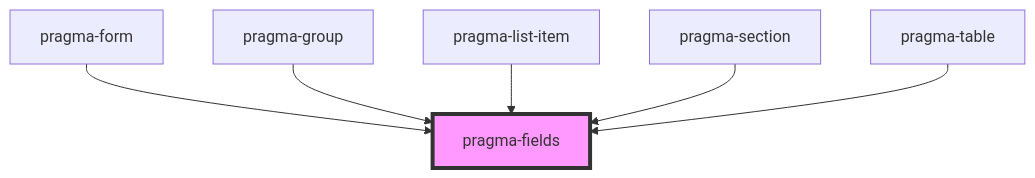
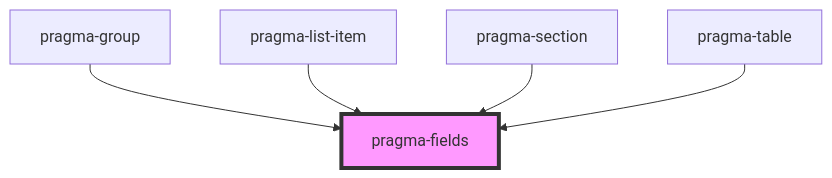
Before and after one commit to hexus/pragma: the diagram in pragma/src/components/pragma-fields/readme.md, drawn with Mermaid. The commit also changed other lines of this file and 19 other files, not shown here.

Commit message:
#8 <pragma-form> working with underlying <pragma-fields>

````diff
--- a/pragma/src/components/pragma-fields/readme.md
+++ b/pragma/src/components/pragma-fields/readme.md
@@ -27,9 +39,8 @@
 ```mermaid
 graph TD;
-  pragma-form --> pragma-fields
   pragma-group --> pragma-fields
   pragma-list-item --> pragma-fields
   pragma-section --> pragma-fields
   pragma-table --> pragma-fields
   style pragma-fields fill:#f9f,stroke:#333,stroke-width:4px
 ```
````
